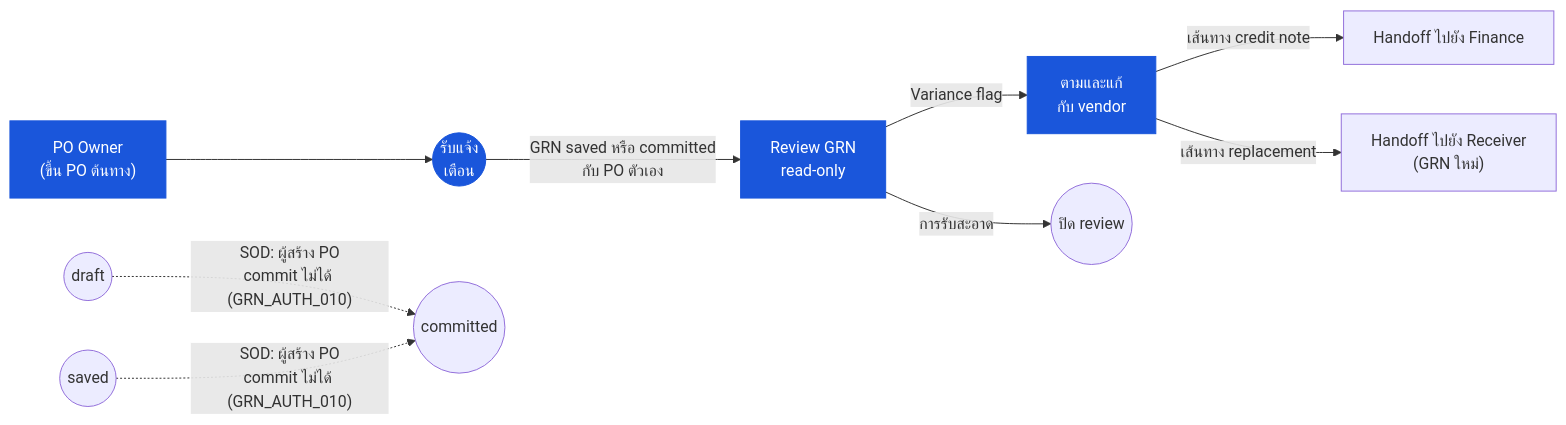
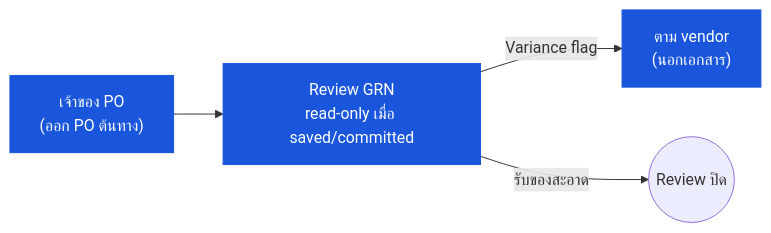
One commit to CarmenSoftware-organization/carmen-wiki changed the diagram in th/inventory/good-receive-note/03-user-flow-purchaser.md. Above: the diagram before and after it, drawn with Mermaid. The commit also changed other lines of this file and 28 other files, not shown here.

First line of the commit message:
docs(resync): good-receive-note snapshot — save (not commit) is the posting event; three-way match, AP journal, batch/auto-commit, and GRN config console removed as unconfirmed

````diff
--- a/th/inventory/good-receive-note/03-user-flow-purchaser.md
+++ b/th/inventory/good-receive-note/03-user-flow-purchaser.md
@@ -23,12 +29,7 @@
 ```mermaid
 graph LR
-    poOwner["PO Owner<br/>(ขึ้น PO ต้นทาง)"]:::current --> notif(("รับแจ้ง<br/>เตือน")):::current
-    notif -->|"GRN saved หรือ committed<br/>กับ PO ตัวเอง"| review["Review GRN<br/>read-only"]:::current
-    review -->|"Variance flag"| resolve["ตามและแก้<br/>กับ vendor"]:::current
-    review -->|"การรับสะอาด"| done(("ปิด review"))
-    resolve -->|"เส้นทาง credit note"| finance["Handoff ไปยัง Finance"]
-    resolve -->|"เส้นทาง replacement"| receiver["Handoff ไปยัง Receiver<br/>(GRN ใหม่)"]
-    draft(("draft")) -.->|"SOD: ผู้สร้าง PO<br/>commit ไม่ได้ (GRN_AUTH_010)"| committed(("committed"))
-    saved(("saved")) -.->|"SOD: ผู้สร้าง PO<br/>commit ไม่ได้ (GRN_AUTH_010)"| committed
+    poOwner["เจ้าของ PO<br/>(ออก PO ต้นทาง)"]:::current --> review["Review GRN<br/>read-only เมื่อ saved/committed"]:::current
+    review -->|"Variance flag"| resolve["ตาม vendor<br/>(นอกเอกสาร)"]:::current
+    review -->|"รับของสะอาด"| done(("Review ปิด"))
     classDef current fill:#1a56db,color:#fff,stroke:#1a56db;
 ```
````
